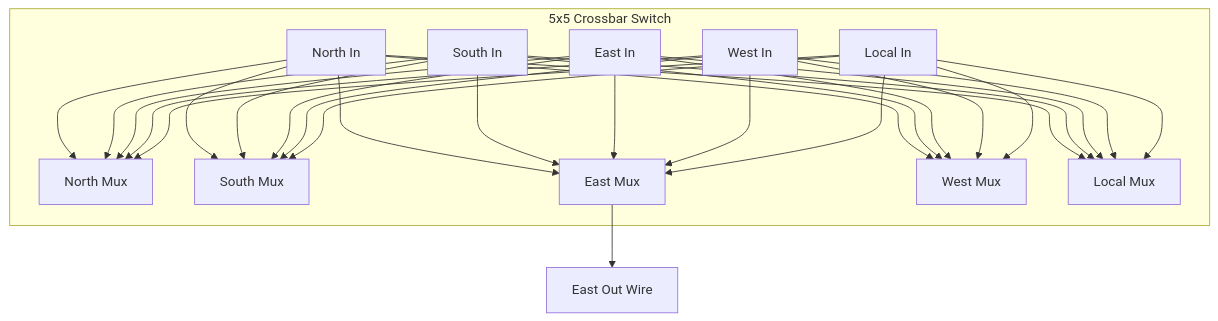
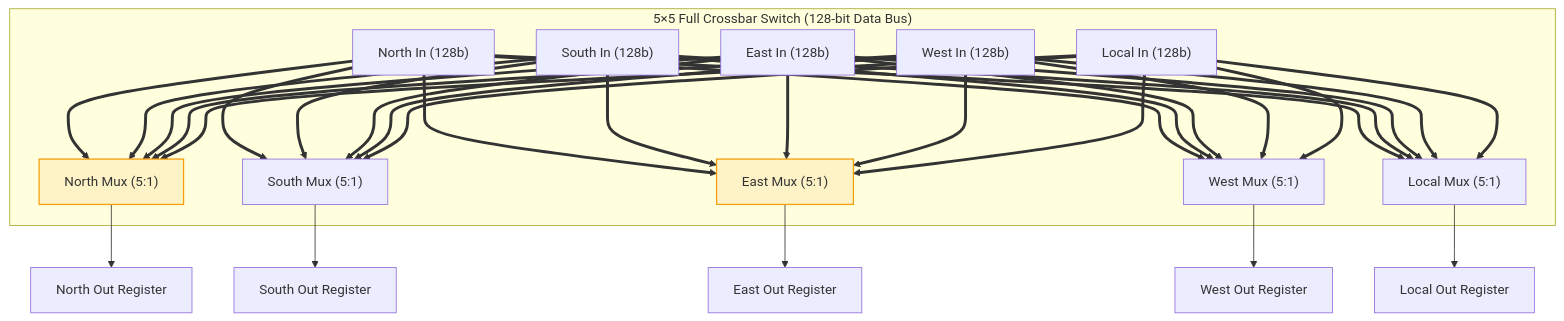
The second of 2 diagrams in docs/track2-router-architecture/03-arbitration-crossbar.md (network-on-chip/learning), drawn with Mermaid before and after one commit. The commit also changed other lines of this file and 8 other files, not shown here.

Commit message:
Upgrade Track 2: Router Microarchitecture with 4 interactive simulators, synthesizable Verilog matrix arbiter, and SMART bypass routers

````diff
--- a/docs/track2-router-architecture/03-arbitration-crossbar.md
+++ b/docs/track2-router-architecture/03-arbitration-crossbar.md
@@ -87,12 +416,19 @@
 ```mermaid
 graph TD
-  subgraph Crossbar_5x5 [5x5 Crossbar Switch]
-    In_N[North In] ---> Mux_N[North Mux] & Mux_S[South Mux] & Mux_E[East Mux] & Mux_W[West Mux] & Mux_L[Local Mux]
-    In_S[South In] ---> Mux_N & Mux_S & Mux_E & Mux_W & Mux_L
-    In_E[East In]  ---> Mux_N & Mux_S & Mux_E & Mux_W & Mux_L
-    In_W[West In]  ---> Mux_N & Mux_S & Mux_E & Mux_W & Mux_L
-    In_L[Local In] ---> Mux_N & Mux_S & Mux_E & Mux_W & Mux_L
+  subgraph Crossbar_Matrix ["5×5 Full Crossbar Switch (128-bit Data Bus)"]
+    In_N["North In (128b)"] ===> Mux_N["North Mux (5:1)"] & Mux_S["South Mux (5:1)"] & Mux_E["East Mux (5:1)"] & Mux_W["West Mux (5:1)"] & Mux_L["Local Mux (5:1)"]
+    In_S["South In (128b)"] ===> Mux_N & Mux_S & Mux_E & Mux_W & Mux_L
+    In_E["East In (128b)"]  ===> Mux_N & Mux_S & Mux_E & Mux_W & Mux_L
+    In_W["West In (128b)"]  ===> Mux_N & Mux_S & Mux_E & Mux_W & Mux_L
+    In_L["Local In (128b)"] ===> Mux_N & Mux_S & Mux_E & Mux_W & Mux_L
   end
 
-  Mux_E --> Out_E[East Out Wire]
+  Mux_N --> Out_N["North Out Register"]
+  Mux_S --> Out_S["South Out Register"]
+  Mux_E --> Out_E["East Out Register"]
+  Mux_W --> Out_W["West Out Register"]
+  Mux_L --> Out_L["Local Out Register"]
+
+  style Mux_N fill:#fef3c7,stroke:#f59e0b,stroke-width:1.5px;
+  style Mux_E fill:#fef3c7,stroke:#f59e0b,stroke-width:1.5px;
 ```
````
